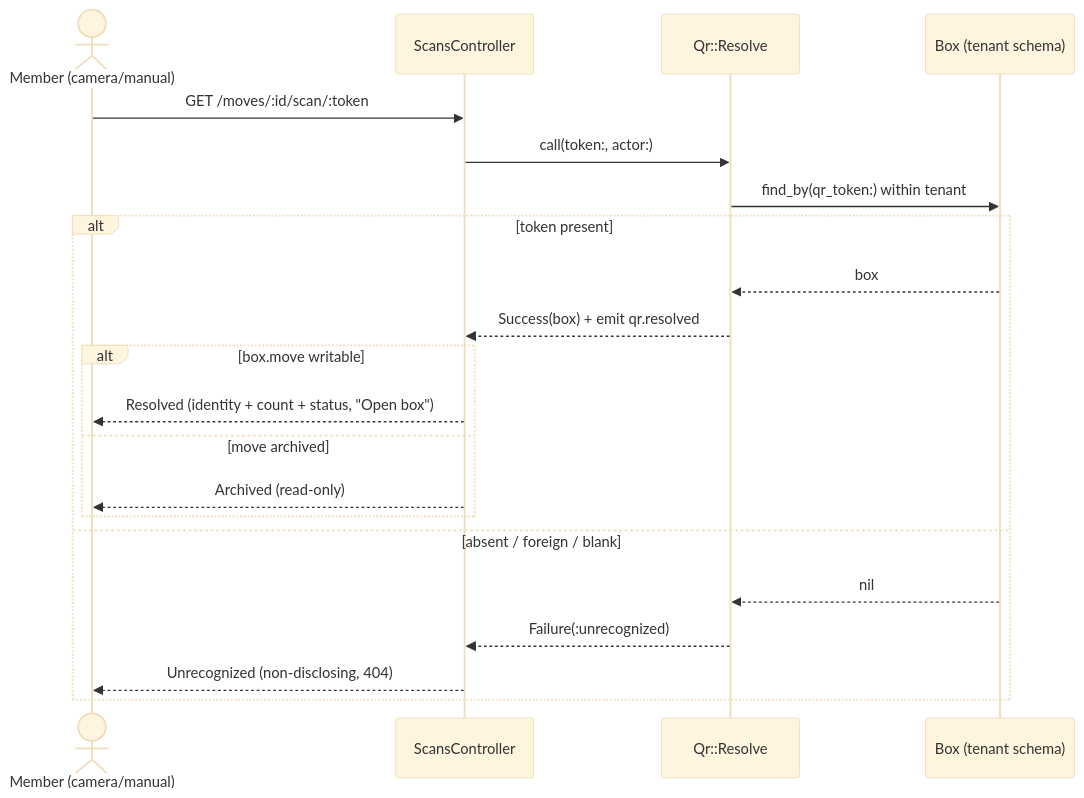
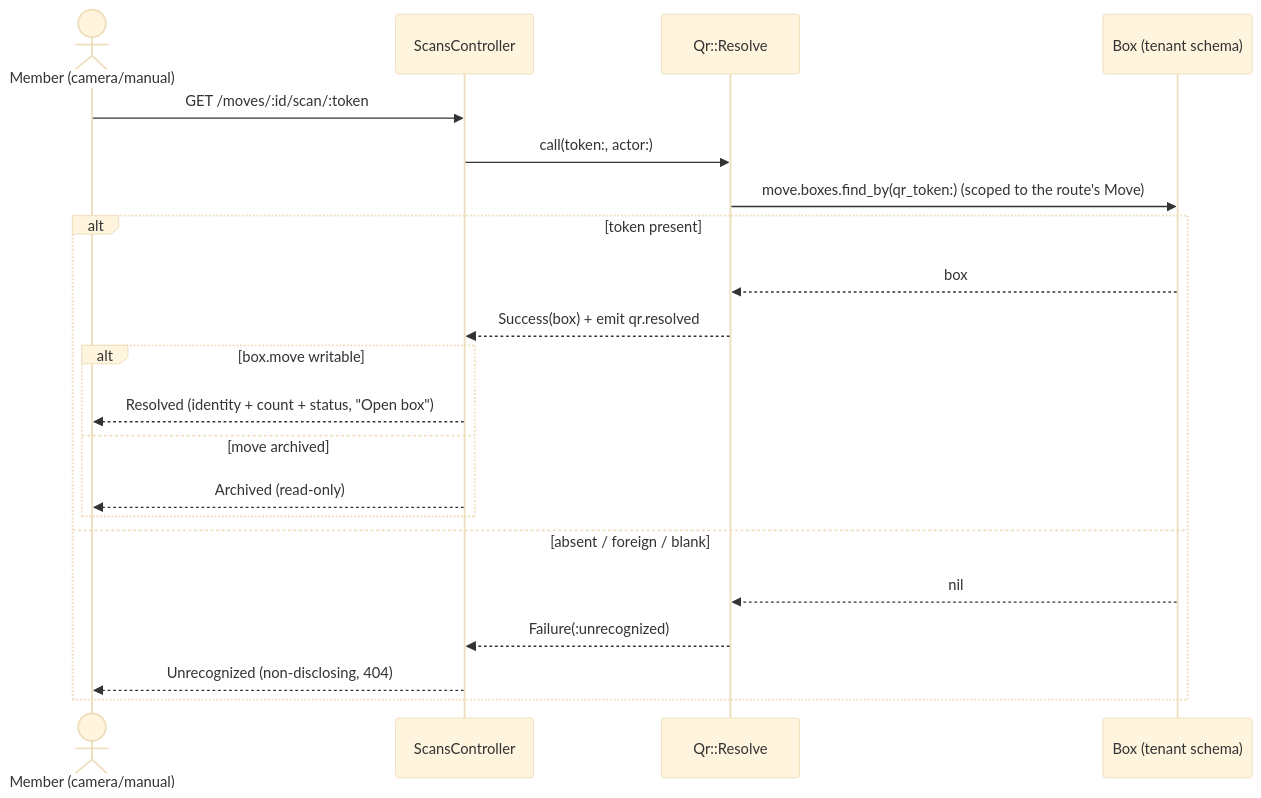
One commit to joel/move changed the diagram in doc/phases/Phase D9 - Steps.md. Above: the diagram before and after it, drawn with Mermaid (base theme). The commit also changed 4 other files, not shown here.

First line of the commit message:
Address Codex P2s: move-scoped resolve, same-origin scan, label code

````diff
--- a/doc/phases/Phase D9 - Steps.md
+++ b/doc/phases/Phase D9 - Steps.md
@@ -32,23 +32,23 @@
 ```mermaid
 sequenceDiagram
     actor U as Member (camera/manual)
     participant SC as ScansController
     participant QR as Qr::Resolve
     participant DB as Box (tenant schema)
     U->>SC: GET /moves/:id/scan/:token
     SC->>QR: call(token:, actor:)
-    QR->>DB: find_by(qr_token:) within tenant
+    QR->>DB: move.boxes.find_by(qr_token:) (scoped to the route's Move)
     alt token present
         DB-->>QR: box
         QR-->>SC: Success(box) + emit qr.resolved
         alt box.move writable
             SC-->>U: Resolved (identity + count + status, "Open box")
         else move archived
             SC-->>U: Archived (read-only)
         end
     else absent / foreign / blank
         DB-->>QR: nil
         QR-->>SC: Failure(:unrecognized)
         SC-->>U: Unrecognized (non-disclosing, 404)
     end
 ```
````
